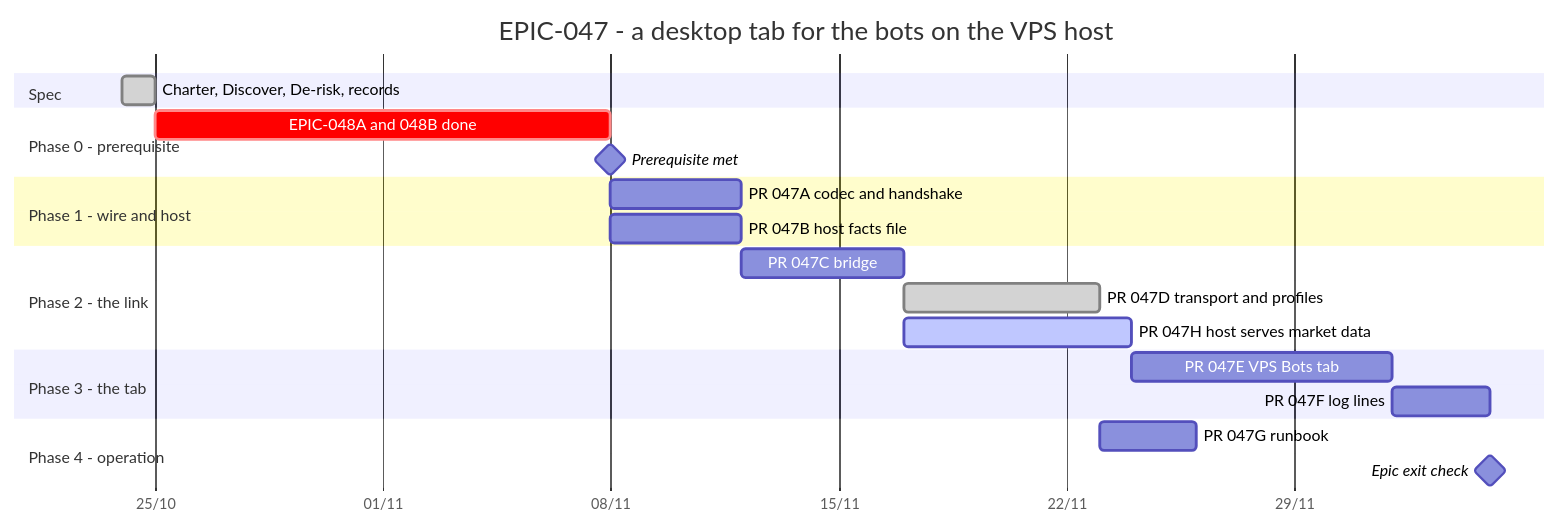
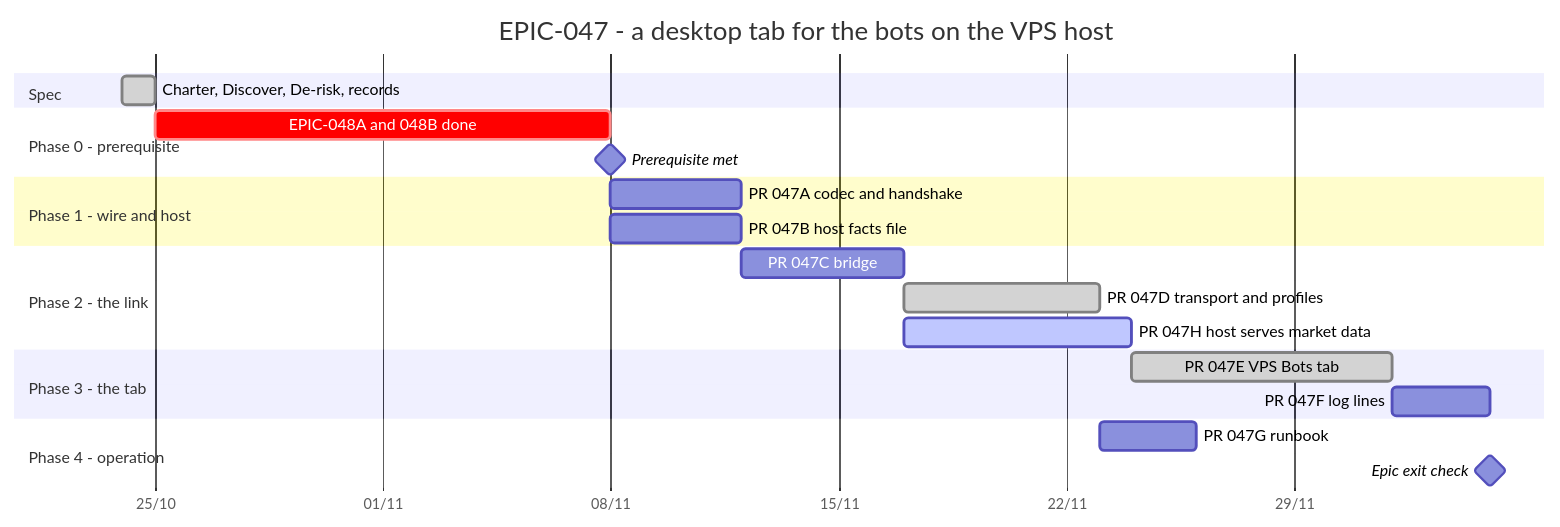
One commit to anhembedded/Sagittarius_Elite_Warrior changed the diagram in Tasks/epics/EPIC-047_vps_bots_tab/TRACKING.md. Above: the diagram before and after it, drawn with Mermaid. The commit also changed other lines of this file and 43 other files, not shown here.

````diff
--- a/Tasks/epics/EPIC-047_vps_bots_tab/TRACKING.md
+++ b/Tasks/epics/EPIC-047_vps_bots_tab/TRACKING.md
@@ -12,31 +12,31 @@
 ```mermaid
 gantt
     title EPIC-047 - a desktop tab for the bots on the VPS host
     dateFormat  YYYY-MM-DD
     axisFormat  %d/%m
     todayMarker stroke-width:2px,stroke:#d33,opacity:0.6
 
     section Spec
     Charter, Discover, De-risk, records   :done,    s1, 2026-10-24, 1d
 
     section Phase 0 - prerequisite
     EPIC-048A and 048B done               :crit,    p0, after s1, 14d
     Prerequisite met                      :milestone, m0, after p0, 0d
 
     section Phase 1 - wire and host
     PR 047A codec and handshake           :         p1, after m0, 4d
     PR 047B host facts file               :         p2, after m0, 4d
 
     section Phase 2 - the link
     PR 047C bridge                        :         p3, after p1, 5d
     PR 047D transport and profiles        :done,    p4, after p3, 6d
     PR 047H host serves market data       :active,  p8, after p3, 7d
 
     section Phase 3 - the tab
-    PR 047E VPS Bots tab                  :         p5, after p4 p8, 8d
+    PR 047E VPS Bots tab                  :done,    p5, after p4 p8, 8d
     PR 047F log lines                     :         p6, after p5, 3d
 
     section Phase 4 - operation
     PR 047G runbook                       :         p7, after p4, 3d
     Epic exit check                       :milestone, m1, after p6, 0d
 ```
````
